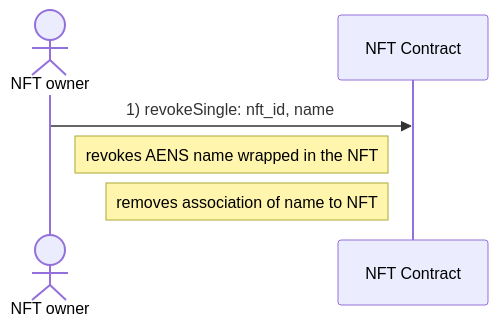
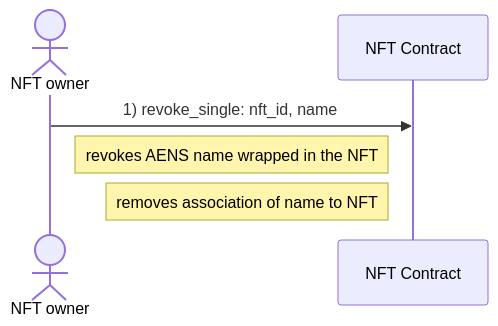
One commit to marc0olo/aens-nfts changed the first of 3 diagrams in docs/diagrams/revoke_aens_names.md. Above: the diagram before and after it, drawn with Mermaid. The commit also changed other lines of this file and 17 other files, not shown here.

````diff
--- a/docs/diagrams/revoke_aens_names.md
+++ b/docs/diagrams/revoke_aens_names.md
@@ -5,7 +5,7 @@
 ```mermaid
 sequenceDiagram
     actor NFT owner
-    NFT owner ->> NFT Contract: 1) revokeSingle: nft_id, name
+    NFT owner ->> NFT Contract: 1) revoke_single: nft_id, name
     Note left of NFT Contract: revokes AENS name wrapped in the NFT
     Note left of NFT Contract: removes association of name to NFT
 ```
````
